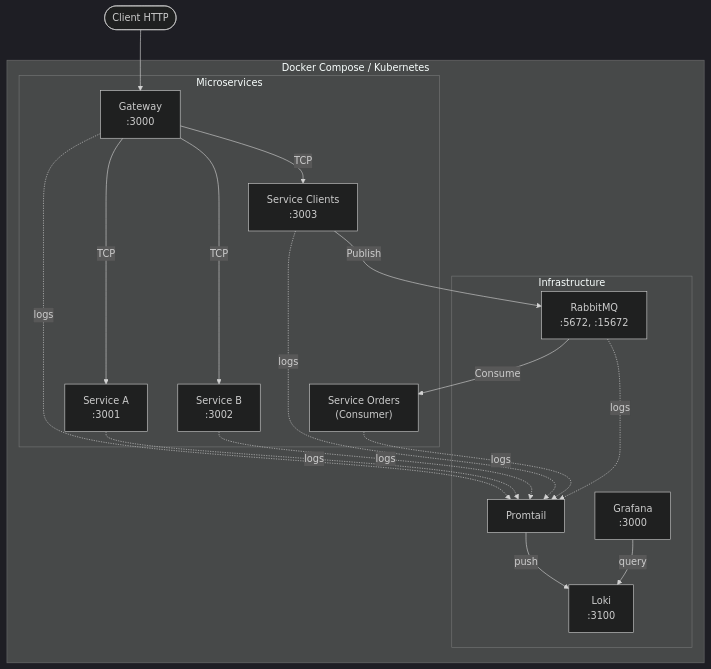
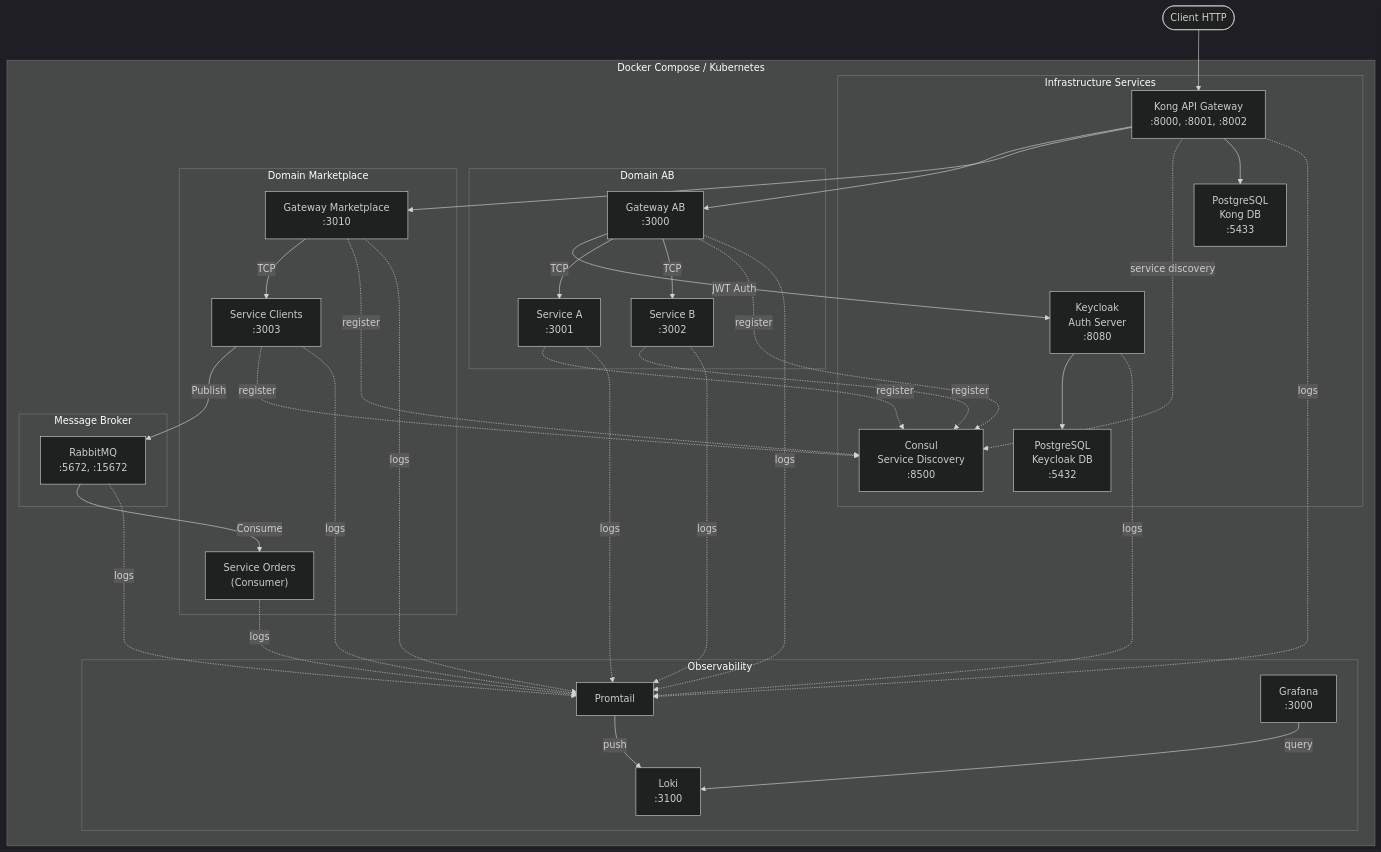
One commit to bngams/maalsi24-ORL-demo-microservices changed the diagram in TODO_DOCKER_K8S.md. Above: the diagram before and after it, drawn with Mermaid (dark theme). The commit also changed other lines of this file, not shown here.

````diff
--- a/TODO_DOCKER_K8S.md
+++ b/TODO_DOCKER_K8S.md
@@ -32,37 +44,70 @@
 ```mermaid
 graph TB
     subgraph "Docker Compose / Kubernetes"
-        subgraph "Microservices"
-            Gateway["Gateway<br/>:3000"]
+        subgraph "Infrastructure Services"
+            Consul["Consul<br/>Service Discovery<br/>:8500"]
+            Kong["Kong API Gateway<br/>:8000, :8001, :8002"]
+            Keycloak["Keycloak<br/>Auth Server<br/>:8080"]
+            KongDB["PostgreSQL<br/>Kong DB<br/>:5433"]
+            KeycloakDB["PostgreSQL<br/>Keycloak DB<br/>:5432"]
+        end
+
+        subgraph "Domain AB"
+            GatewayAB["Gateway AB<br/>:3000"]
             ServiceA["Service A<br/>:3001"]
             ServiceB["Service B<br/>:3002"]
+        end
+
+        subgraph "Domain Marketplace"
+            GatewayMP["Gateway Marketplace<br/>:3010"]
             ServiceClients["Service Clients<br/>:3003"]
             ServiceOrders["Service Orders<br/>(Consumer)"]
         end
 
-        subgraph "Infrastructure"
+        subgraph "Message Broker"
             RabbitMQ["RabbitMQ<br/>:5672, :15672"]
+        end
+
+        subgraph "Observability"
             Loki["Loki<br/>:3100"]
             Promtail["Promtail"]
             Grafana["Grafana<br/>:3000"]
         end
 
-        Gateway -->|TCP| ServiceA
-        Gateway -->|TCP| ServiceB
-        Gateway -->|TCP| ServiceClients
+        Kong --> GatewayAB
+        Kong --> GatewayMP
+        
+        GatewayAB -->|JWT Auth| Keycloak
+        GatewayAB -->|TCP| ServiceA
+        GatewayAB -->|TCP| ServiceB
+        
+        GatewayMP -->|TCP| ServiceClients
         ServiceClients -->|Publish| RabbitMQ
         RabbitMQ -->|Consume| ServiceOrders
 
-        Gateway -.->|logs| Promtail
+        GatewayAB -.->|register| Consul
+        ServiceA -.->|register| Consul
+        ServiceB -.->|register| Consul
+        GatewayMP -.->|register| Consul
+        ServiceClients -.->|register| Consul
+
+        Kong -.->|service discovery| Consul
+        Keycloak --> KeycloakDB
+        Kong --> KongDB
+
+        GatewayAB -.->|logs| Promtail
+        GatewayMP -.->|logs| Promtail
         ServiceA -.->|logs| Promtail
         ServiceB -.->|logs| Promtail
         ServiceClients -.->|logs| Promtail
         ServiceOrders -.->|logs| Promtail
         RabbitMQ -.->|logs| Promtail
+        Kong -.->|logs| Promtail
+        Keycloak -.->|logs| Promtail
 
         Promtail -->|push| Loki
         Grafana -->|query| Loki
     end
 
-    Client([Client HTTP]) --> Gateway
+    Client([Client HTTP]) --> Kong
 ```
````
